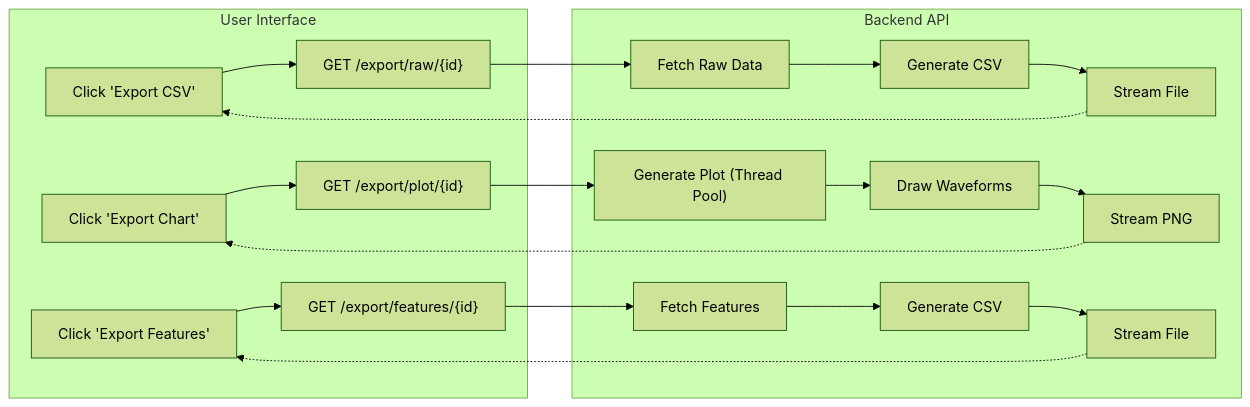
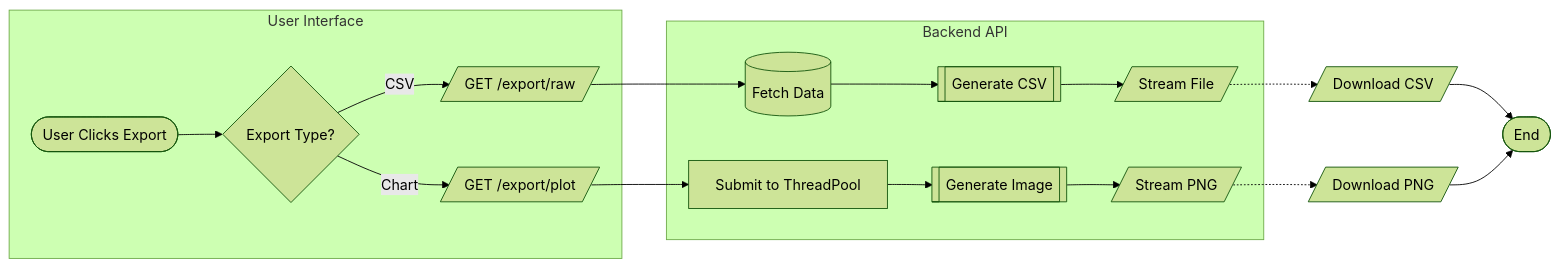
Before and after one commit to affanrk/ecg-puskesmas: the eighth of 9 diagrams in SYSTEM_FLOWS.md, drawn with Mermaid (forest theme). The commit also changed other lines of this file, not shown here.

Commit message:
Update System Flow

````diff
--- a/SYSTEM_FLOWS.md
+++ b/SYSTEM_FLOWS.md
@@ -184,26 +205,23 @@
 ```mermaid
 flowchart LR
     subgraph Frontend [User Interface]
-        ClickExpRaw["Click 'Export CSV'"] --> ReqRaw["GET /export/raw/{id}"]
-        ClickExpChart["Click 'Export Chart'"] --> ReqChart["GET /export/plot/{id}"]
-        ClickExpFeat["Click 'Export Features'"] --> ReqFeat["GET /export/features/{id}"]
+        StartExp([User Clicks Export]) --> Type{"Export Type?"}
+        Type -- CSV --> ReqRaw[/GET /export/raw/]
+        Type -- Chart --> ReqPlot[/GET /export/plot/]
     end
 
     subgraph Backend [Backend API]
-        ReqRaw --> FetchRaw[Fetch Raw Data]
-        FetchRaw --> GenCSV[Generate CSV]
-        GenCSV --> StreamRaw[Stream File]
+        ReqRaw --> FetchDat[(Fetch Data)]
+        FetchDat --> GenCSV[[Generate CSV]]
+        GenCSV --> Stream1[/Stream File/]
         
-        ReqChart --> GenPlot["Generate Plot (Thread Pool)"]
-        GenPlot --> DrawWave[Draw Waveforms]
-        DrawWave --> StreamImg[Stream PNG]
-        
-        ReqFeat --> FetchFeat[Fetch Features]
-        FetchFeat --> GenFeatCSV[Generate CSV]
-        GenFeatCSV --> StreamFeat[Stream File]
+        ReqPlot --> ThreadPool[Submit to ThreadPool]
+        ThreadPool --> MatPlotLib[[Generate Image]]
+        MatPlotLib --> Stream2[/Stream PNG/]
     end
     
-    StreamRaw -.-> ClickExpRaw
-    StreamImg -.-> ClickExpChart
-    StreamFeat -.-> ClickExpFeat
+    Stream1 -.-> Download1[/Download CSV/]
+    Stream2 -.-> Download2[/Download PNG/]
+    Download1 --> EndExp([End])
+    Download2 --> EndExp
 ```
````
